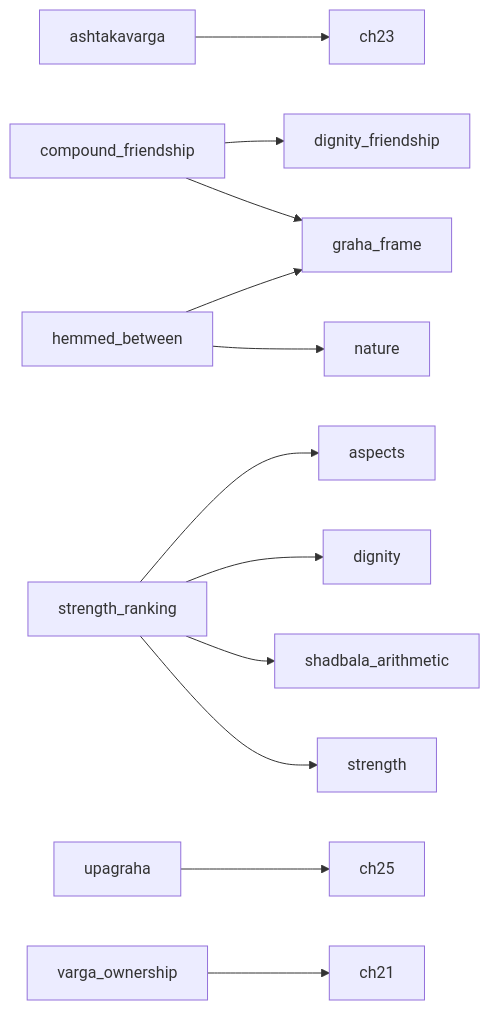
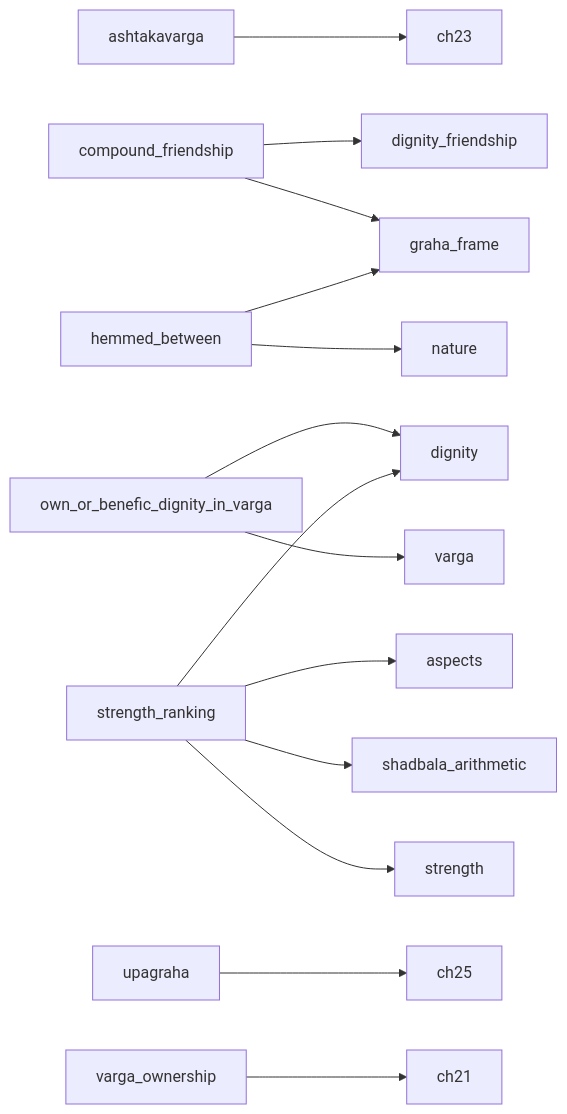
Before and after one commit to tarunrameshphotography/Vedic-AI: the diagram in Reports/PHASE3_PLAN.md, drawn with Mermaid. The commit also changed other lines of this file and 5 other files, not shown here.

````diff
--- a/Reports/PHASE3_PLAN.md
+++ b/Reports/PHASE3_PLAN.md
@@ -55,14 +56,16 @@
 ```mermaid
 graph LR
   ashtakavarga --> ch23
   compound_friendship --> dignity_friendship
   compound_friendship --> graha_frame
   hemmed_between --> graha_frame
   hemmed_between --> nature
+  own_or_benefic_dignity_in_varga --> dignity
+  own_or_benefic_dignity_in_varga --> varga
   strength_ranking --> aspects
   strength_ranking --> dignity
   strength_ranking --> shadbala_arithmetic
   strength_ranking --> strength
   upagraha --> ch25
   varga_ownership --> ch21
 ```
````
